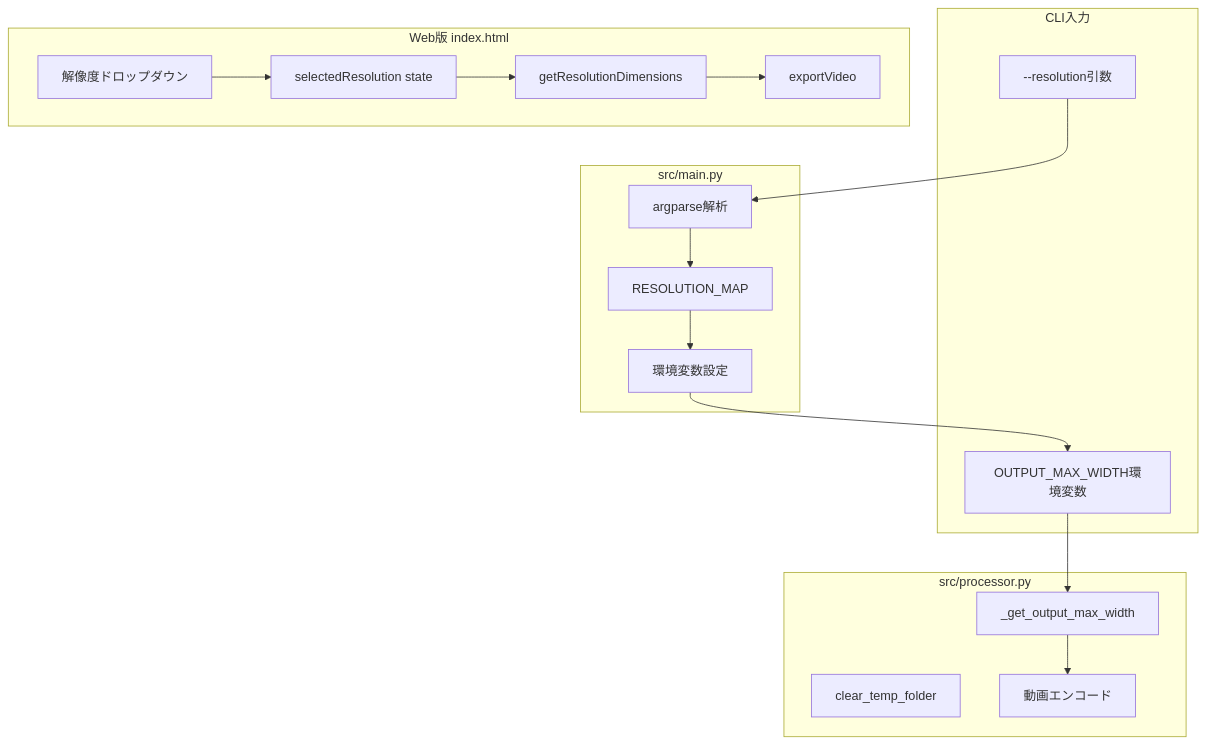
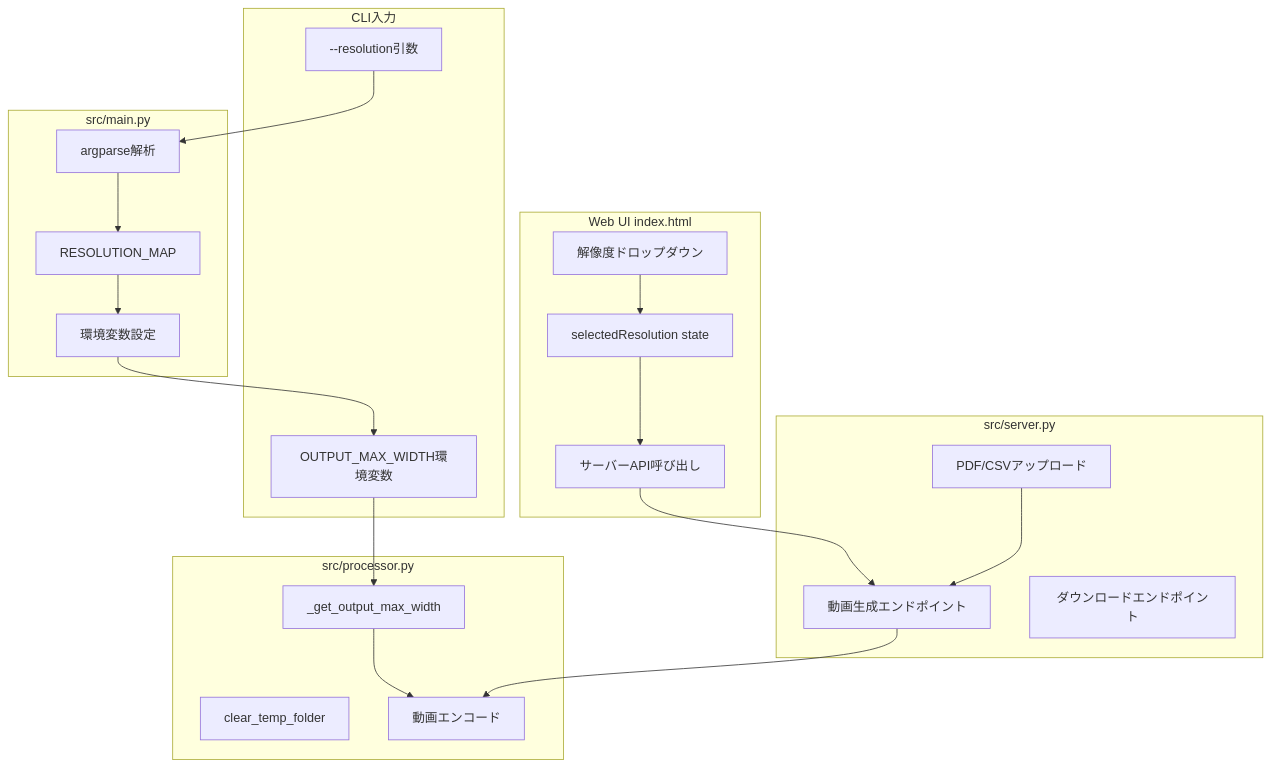
Before and after one commit to J1921604/Slide-MyVoice-Maker: the first of 3 diagrams in specs/001-Slide-Voice-Maker/plan.md, drawn with Mermaid. The commit also changed other lines of this file and 13 other files, not shown here.

````diff
--- a/specs/001-Slide-Voice-Maker/plan.md
+++ b/specs/001-Slide-Voice-Maker/plan.md
@@ -93,37 +92,44 @@
 ```mermaid
 flowchart TB
     subgraph CLI入力
         ARG[--resolution引数]
         ENV[OUTPUT_MAX_WIDTH環境変数]
     end
 
     subgraph src/main.py
         PARSER[argparse解析]
         RESMAP[RESOLUTION_MAP]
         SETENV[環境変数設定]
     end
 
     subgraph src/processor.py
         CLEAR[clear_temp_folder]
         WIDTH[_get_output_max_width]
         ENCODE[動画エンコード]
     end
 
-    subgraph Web版 index.html
+    subgraph Web UI index.html
         DROPDOWN[解像度ドロップダウン]
         STATE[selectedResolution state]
-        DIMS[getResolutionDimensions]
-        EXPORT[exportVideo]
+        API[サーバーAPI呼び出し]
+    end
+
+    subgraph src/server.py
+        UPLOAD[PDF/CSVアップロード]
+        GENERATE[動画生成エンドポイント]
+        DOWNLOAD[ダウンロードエンドポイント]
     end
 
     ARG --> PARSER
     PARSER --> RESMAP
     RESMAP --> SETENV
     SETENV --> ENV
     ENV --> WIDTH
     WIDTH --> ENCODE
 
     DROPDOWN --> STATE
-    STATE --> DIMS
-    DIMS --> EXPORT
+    STATE --> API
+    API --> GENERATE
+    GENERATE --> ENCODE
+    UPLOAD --> GENERATE
 ```
````
